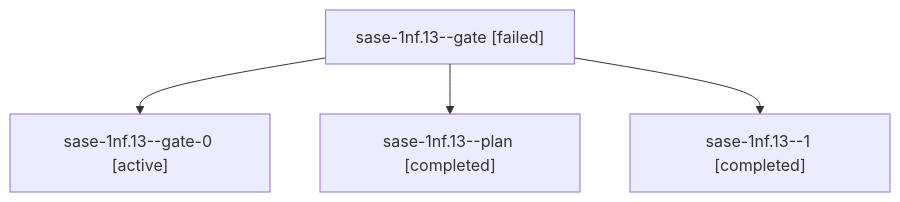
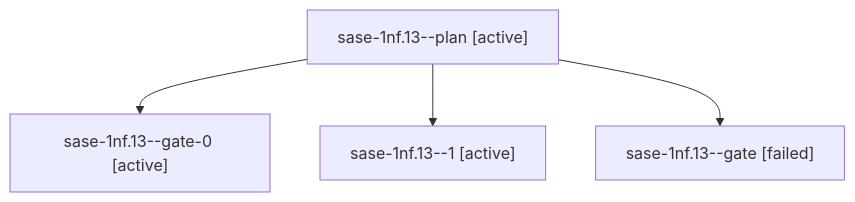
One commit to sase-org/sase--agents changed the diagram in sessions/bbugyi200.athena.sase-1nf.13.md. Above: the diagram before and after it, drawn with Mermaid. The commit also changed other lines of this file and 154 other files, not shown here.

````diff
--- a/sessions/bbugyi200.athena.sase-1nf.13.md
+++ b/sessions/bbugyi200.athena.sase-1nf.13.md
@@ -9,10 +9,10 @@
 ```mermaid
 flowchart TD
-  n0["sase-1nf.13--gate [failed]"]
+  n0["sase-1nf.13--plan [active]"]
   n1["sase-1nf.13--gate-0 [active]"]
   n0 --> n1
-  n2["sase-1nf.13--plan [completed]"]
+  n2["sase-1nf.13--1 [active]"]
   n0 --> n2
-  n3["sase-1nf.13--1 [completed]"]
+  n3["sase-1nf.13--gate [failed]"]
   n0 --> n3
 ```
````
